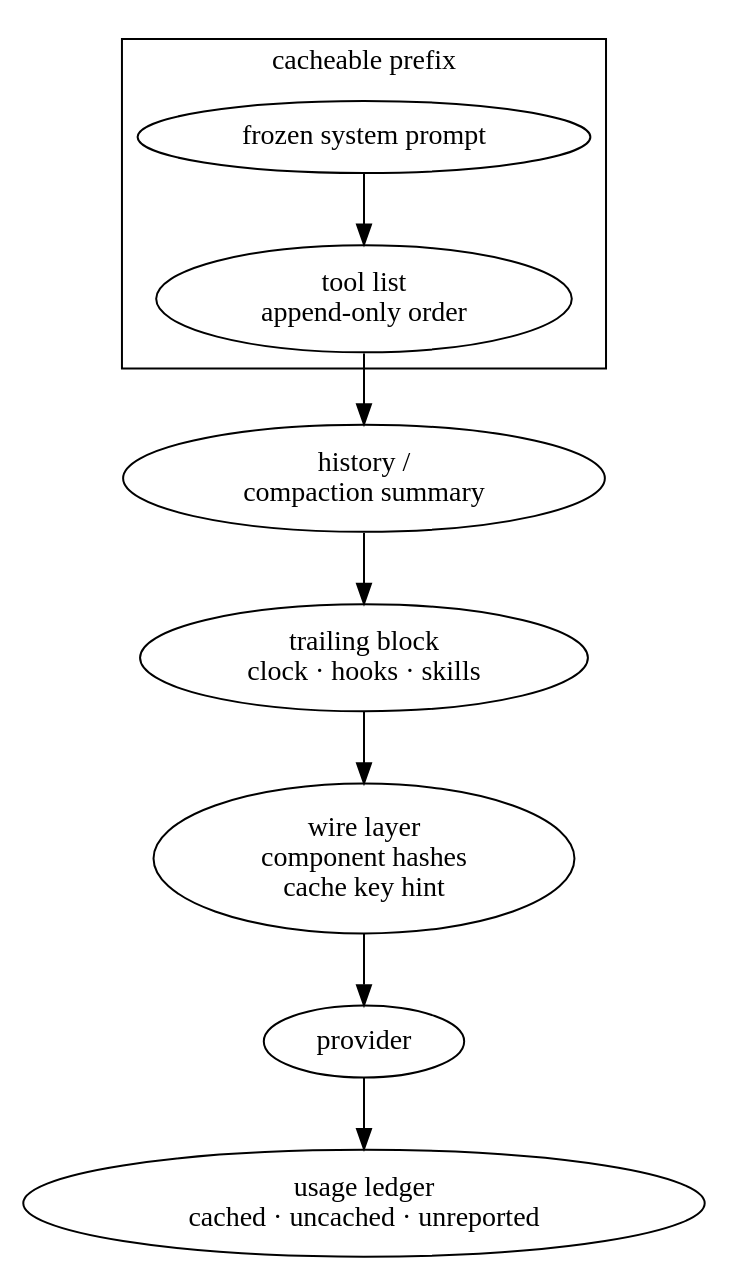
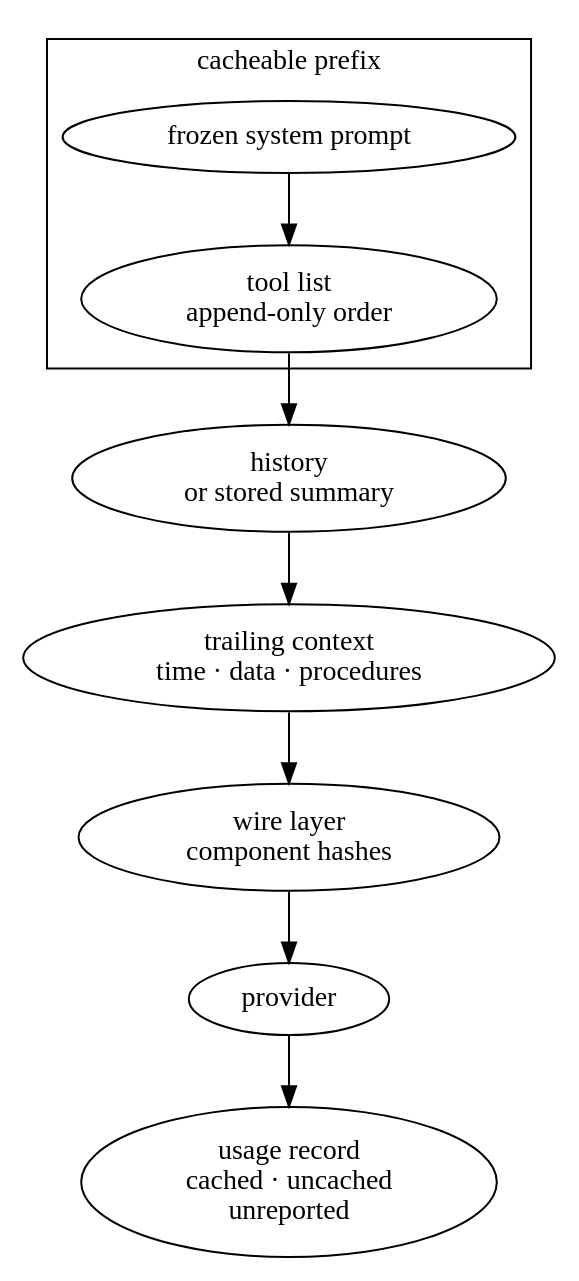
One commit to Shaunfurtado/Shaunfurtado.github.io changed the diagram in src/assets/blog-diagrams/08-prompt-caching-ai-agents-prefix-cache-hit-rate.dot. Above: the diagram before and after it, drawn with Graphviz. The commit also changed 31 other files, not shown here.

```diff
--- a/src/assets/blog-diagrams/08-prompt-caching-ai-agents-prefix-cache-hit-rate.dot
+++ b/src/assets/blog-diagrams/08-prompt-caching-ai-agents-prefix-cache-hit-rate.dot
@@ -1,16 +1,16 @@
 digraph caching {
 rankdir=TB;
 subgraph cluster_prefix {
   label="cacheable prefix";
   sys [label="frozen system prompt"];
   tools [label="tool list\nappend-only order"];
 }
-hist [label="history /\ncompaction summary"];
-tail [label="trailing block\nclock · hooks · skills"];
-wire [label="wire layer\ncomponent hashes\ncache key hint", class="key"];
+hist [label="history\nor stored summary"];
+tail [label="trailing context\ntime · data · procedures"];
+wire [label="wire layer\ncomponent hashes", class="key"];
 prov [label="provider", class="ghost"];
-usage [label="usage ledger\ncached · uncached · unreported"];
+usage [label="usage record\ncached · uncached\nunreported"];
 sys -> tools -> hist -> tail -> wire;
 wire -> prov;
 prov -> usage;
 }
```
